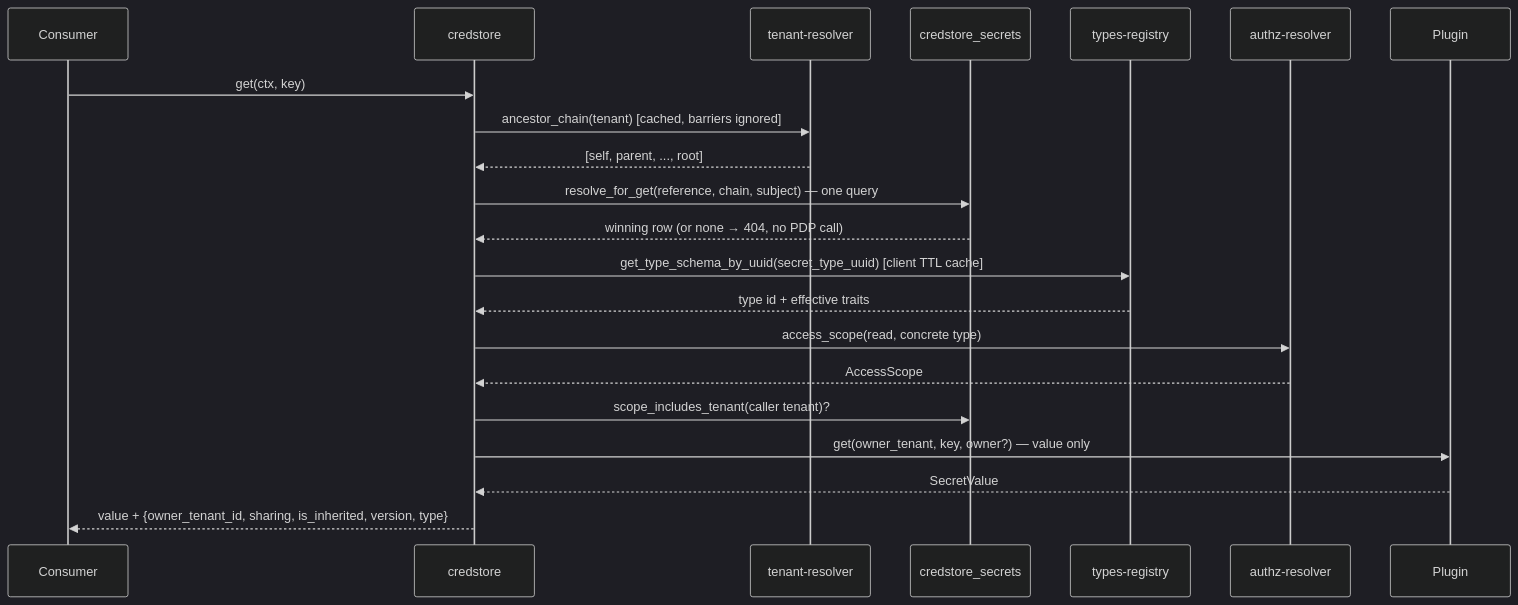
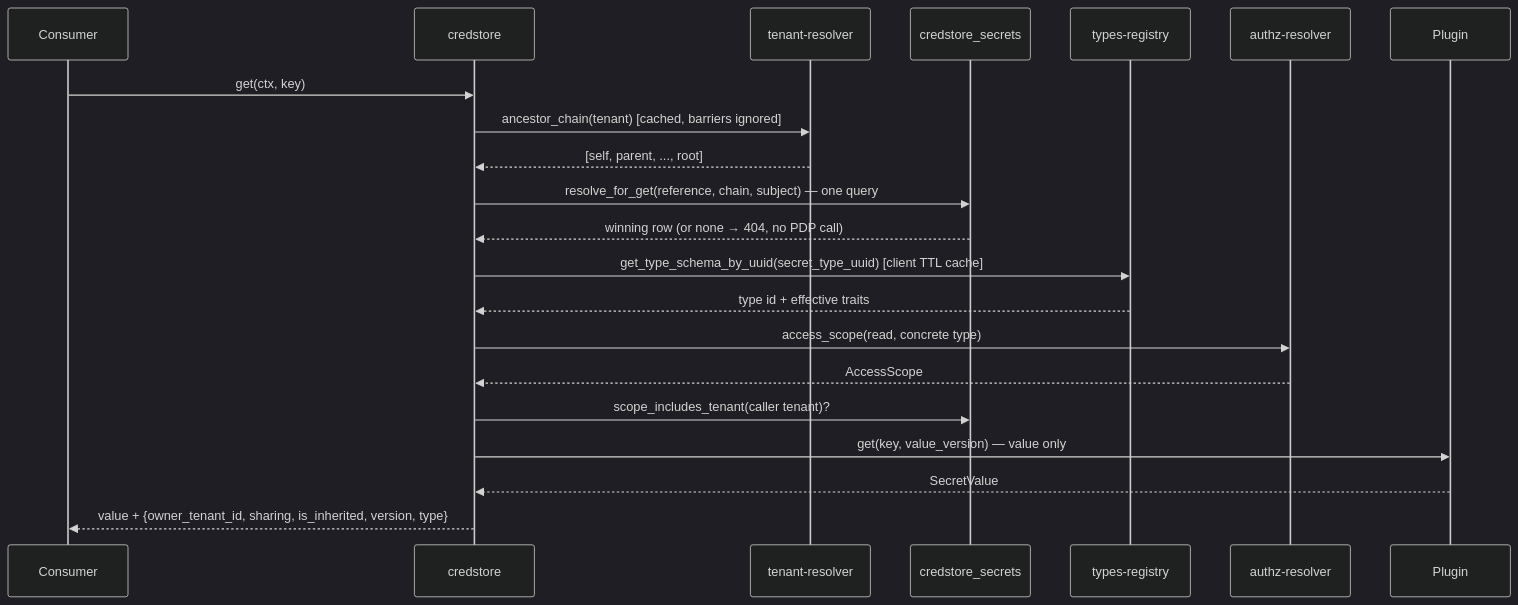
Before and after one commit to constructorfabric/gears-rust: the second of 5 diagrams in gears/credstore/docs/DESIGN.md, drawn with Mermaid (dark theme). The commit also changed other lines of this file and 4 other files, not shown here.

First line of the commit message:
docs(credstore): plugin-minted value versions under one key per record

````diff
--- a/gears/credstore/docs/DESIGN.md
+++ b/gears/credstore/docs/DESIGN.md
@@ -641,24 +687,24 @@
 ```mermaid
 sequenceDiagram
     participant C as Consumer
     participant GW as credstore
     participant TR as tenant-resolver
     participant DB as credstore_secrets
     participant GTS as types-registry
     participant PDP as authz-resolver
     participant P as Plugin
 
     C->>GW: get(ctx, key)
     GW->>TR: ancestor_chain(tenant) [cached, barriers ignored]
     TR-->>GW: [self, parent, ..., root]
     GW->>DB: resolve_for_get(reference, chain, subject) — one query
     DB-->>GW: winning row (or none → 404, no PDP call)
     GW->>GTS: get_type_schema_by_uuid(secret_type_uuid) [client TTL cache]
     GTS-->>GW: type id + effective traits
     GW->>PDP: access_scope(read, concrete type)
     PDP-->>GW: AccessScope
     GW->>DB: scope_includes_tenant(caller tenant)?
-    GW->>P: get(owner_tenant, key, owner?) — value only
+    GW->>P: get(key, value_version) — value only
     P-->>GW: SecretValue
     GW-->>C: value + {owner_tenant_id, sharing, is_inherited, version, type}
 ```
````
